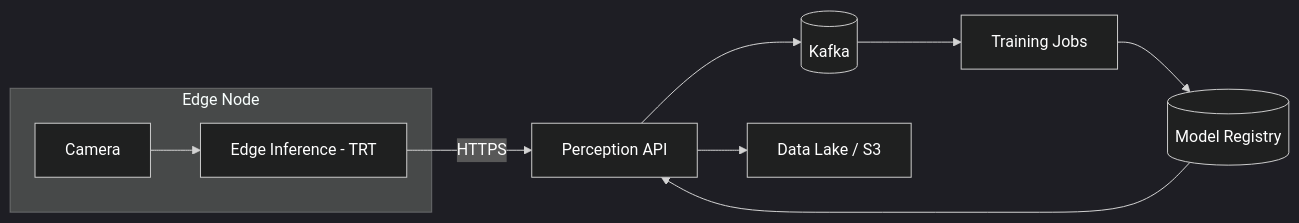
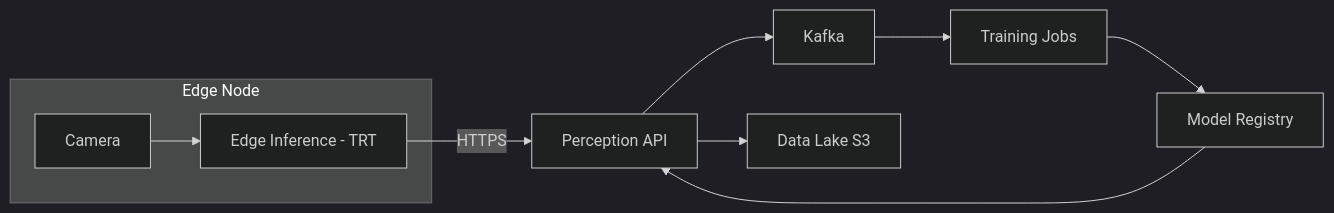
Before and after one commit to aurelius-in/RoboCaps: the diagram in architecture/system_A_FactoryQA/FactoryQA_implementable.md, drawn with Mermaid. The commit also changed other lines of this file and 13 other files, not shown here.

Commit message:
arch: deepen global/system docs with detailed narratives and diagrams

````diff
--- a/architecture/system_A_FactoryQA/FactoryQA_implementable.md
+++ b/architecture/system_A_FactoryQA/FactoryQA_implementable.md
@@ -34,15 +47,15 @@
 ```mermaid
-%%{init: { 'theme': 'dark', 'themeVariables': { 'background':'#000', 'primaryTextColor':'#FFF', 'textColor':'#FFF', 'fontSize':'16px' }}}%%
+%%{init: { 'theme': 'dark', 'themeVariables': { 'background':'#000', 'primaryTextColor':'#FFF', 'fontSize':'16px' }}}%%
 flowchart LR
     subgraph Edge[Edge Node]
       Cam[Camera]
       Agent[Edge Inference - TRT]
       Cam --> Agent
     end
     Agent -->|HTTPS| API[Perception API]
-    API --> Bus[(Kafka)]
-    API --> Obj[Data Lake / S3]
+    API --> Bus[Kafka]
+    API --> Obj[Data Lake S3]
     Bus --> Train[Training Jobs]
-    Train --> Registry[(Model Registry)]
+    Train --> Registry[Model Registry]
     Registry --> API
 ```
````
